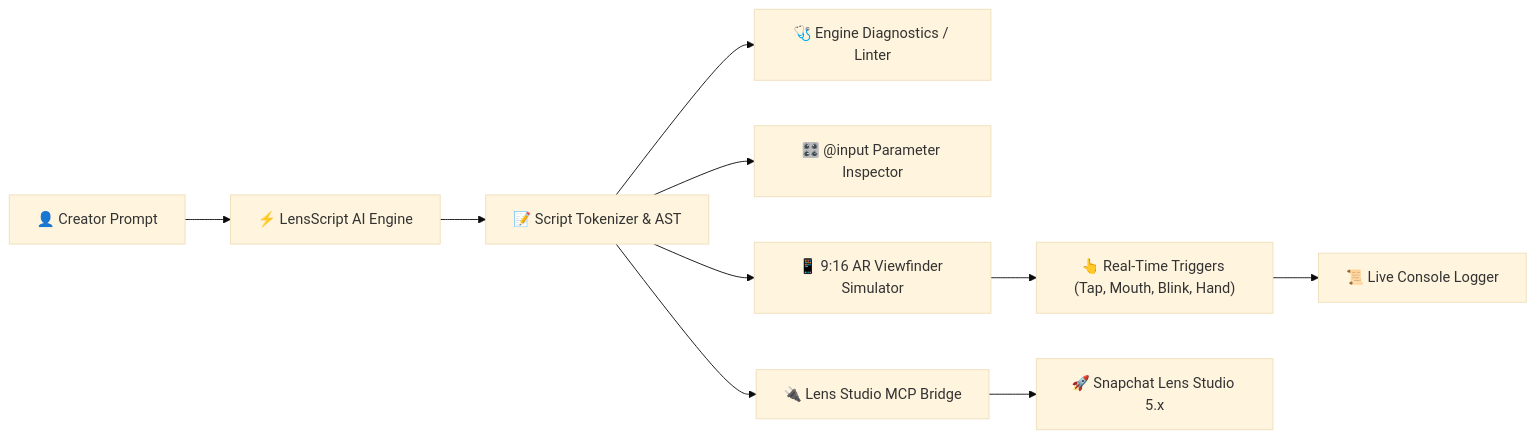
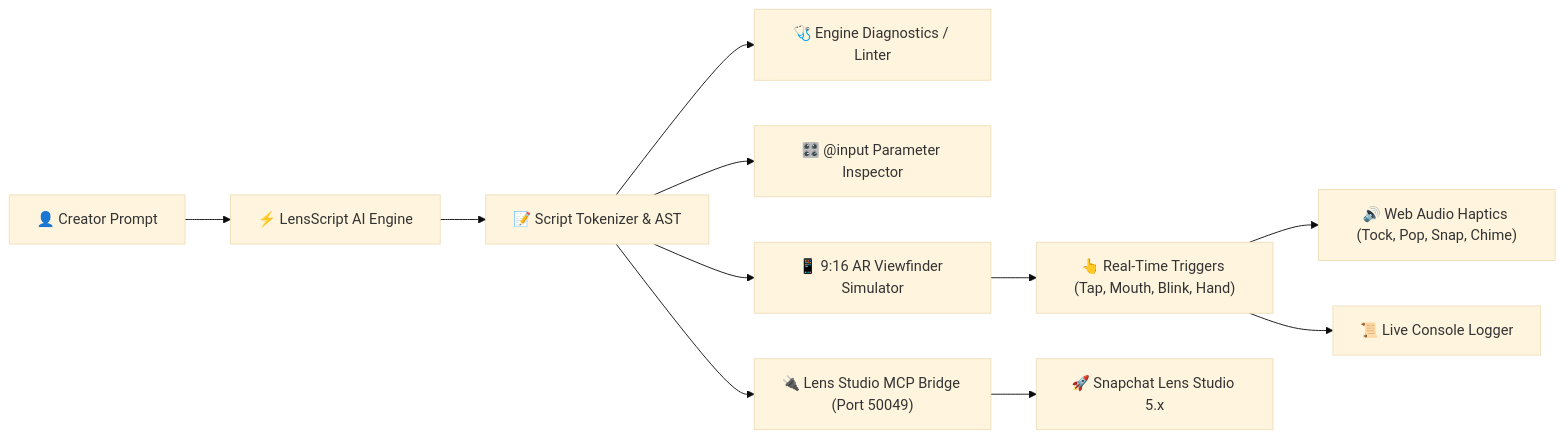
The diagram in README.md (Rahul08319/LensScript-AI-Co-Pilot), drawn with Mermaid (base theme) before and after one commit. The commit also changed other lines of this file and 11 other files, not shown here.

Commit message:
feat: enhance with Apple Design HIG, Liquid Glass, fluid springs, audio-haptics, and upgraded README

````diff
--- a/README.md
+++ b/README.md
@@ -251,12 +267,13 @@
 ```mermaid
 flowchart LR
     A["👤 Creator Prompt"] --> B["⚡ LensScript AI Engine"]
     B --> C["📝 Script Tokenizer & AST"]
     C --> D["🩺 Engine Diagnostics / Linter"]
     C --> E["🎛️ @input Parameter Inspector"]
     C --> F["📱 9:16 AR Viewfinder Simulator"]
     F --> G["👆 Real-Time Triggers (Tap, Mouth, Blink, Hand)"]
-    G --> H["📜 Live Console Logger"]
-    C --> I["🔌 Lens Studio MCP Bridge"]
-    I --> J["🚀 Snapchat Lens Studio 5.x"]
+    G --> H["🔊 Web Audio Haptics (Tock, Pop, Snap, Chime)"]
+    G --> I["📜 Live Console Logger"]
+    C --> J["🔌 Lens Studio MCP Bridge (Port 50049)"]
+    J --> K["🚀 Snapchat Lens Studio 5.x"]
 ```
````
